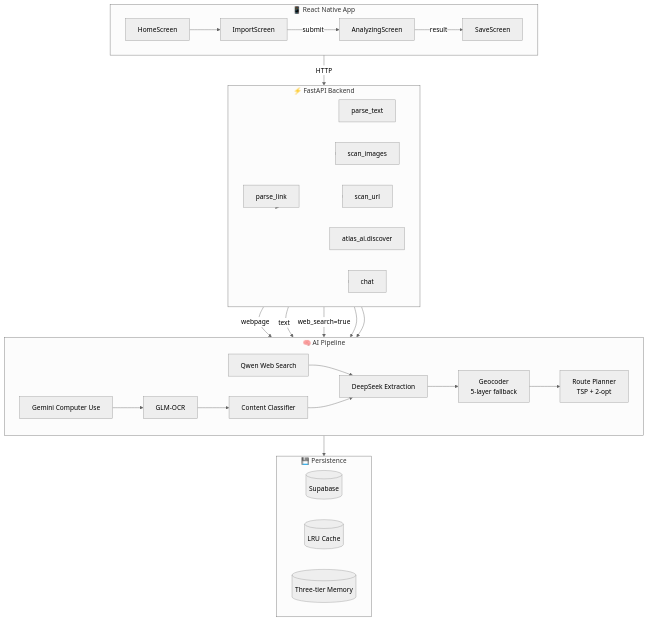
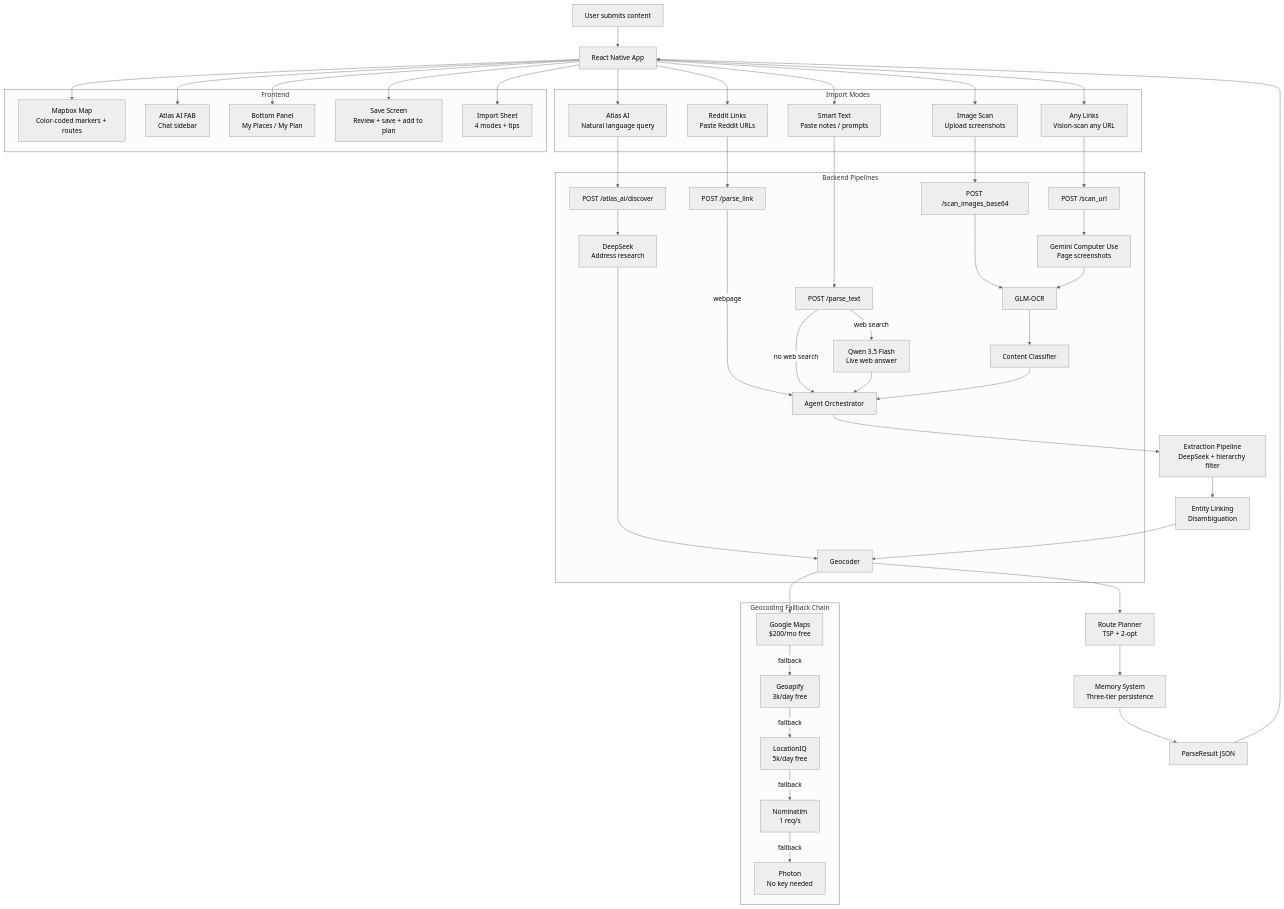
One commit to zjwang168/atlas-mobile changed the first of 2 diagrams in README.md. Above: the diagram before and after it, drawn with Mermaid (neutral theme). The commit also changed other lines of this file, not shown here.

````diff
--- a/README.md
+++ b/README.md
@@ -82,60 +13,74 @@
 ```mermaid
-flowchart TB
-    subgraph Mobile["📱 React Native App"]
-        HS[HomeScreen]
-        IS[ImportScreen]
-        AS[AnalyzingScreen]
-        SS[SaveScreen]
-        HS --> IS
-        IS -->|submit| AS
-        AS -->|result| SS
+graph TD
+    User[User submits content] --> App[React Native App]
+
+    subgraph "Import Modes"
+        ST[Smart Text<br/>Paste notes / prompts]
+        IS[Image Scan<br/>Upload screenshots]
+        RL[Reddit Links<br/>Paste Reddit URLs]
+        AL[Any Links<br/>Vision-scan any URL]
+        AD[Atlas AI<br/>Natural language query]
     end
 
-    subgraph Backend["⚡ FastAPI Backend"]
-        direction LR
-        PL[parse_link]
-        PT[parse_text]
-        SI[scan_images]
-        SU[scan_url]
-        AD[atlas_ai.discover]
-        CHAT[chat]
+    App --> ST
+    App --> IS
+    App --> RL
+    App --> AL
+    App --> AD
+
+    RL --> PL[POST /parse_link]
+    ST --> PT[POST /parse_text]
+    IS --> SI[POST /scan_images_base64]
+    AL --> SU[POST /scan_url]
+    AD --> DA[POST /atlas_ai/discover]
+
+    subgraph "Backend Pipelines"
+        PL --> |webpage| ORCH[Agent Orchestrator]
+        PT --> |no web search| ORCH
+        PT --> |web search| QW[Qwen 3.5 Flash<br/>Live web answer]
+        QW --> ORCH
+
+        SI --> OCR[GLM-OCR]
+        SU --> GCU[Gemini Computer Use<br/>Page screenshots]
+        GCU --> OCR
+        OCR --> CL[Content Classifier]
+        CL --> ORCH
+
+        DA --> DS[DeepSeek<br/>Address research]
+        DS --> GEO[Geocoder]
     end
 
-    subgraph Pipeline["🧠 AI Pipeline"]
-        direction LR
-        OC[GLM-OCR]
-        GCU[Gemini Computer Use]
-        DE[DeepSeek Extraction]
-        QW[Qwen Web Search]
-        CL[Content Classifier]
-        GEO[Geocoder<br/>5-layer fallback]
-        RT[Route Planner<br/>TSP + 2-opt]
+    ORCH --> EX[Extraction Pipeline<br/>DeepSeek + hierarchy filter]
+    EX --> EL[Entity Linking<br/>Disambiguation]
+    EL --> GEO
+    GEO --> RT[Route Planner<br/>TSP + 2-opt]
+    RT --> MEM[Memory System<br/>Three-tier persistence]
+    MEM --> RESP[ParseResult JSON]
+
+    RESP --> App
+
+    subgraph "Geocoding Fallback Chain"
+        G1[Google Maps<br/>$200/mo free]
+        G2[Geoapify<br/>3k/day free]
+        G3[LocationIQ<br/>5k/day free]
+        G4[Nominatim<br/>1 req/s]
+        G5[Photon<br/>No key needed]
+        G1 -->|fallback| G2 -->|fallback| G3 -->|fallback| G4 -->|fallback| G5
     end
 
-    subgraph Storage["💾 Persistence"]
-        SUPA[(Supabase)]
-        CACHE[(LRU Cache)]
-        MEM[(Three-tier Memory)]
+    GEO --> G1
+
+    subgraph "Frontend"
+        MAP[Mapbox Map<br/>Color-coded markers + routes]
+        FAB[Atlas AI FAB<br/>Chat sidebar]
+        BOTTOM[Bottom Panel<br/>My Places / My Plan]
+        SAVE[Save Screen<br/>Review + save + add to plan]
+        IMPORT[Import Sheet<br/>4 modes + tips]
     end
 
-    Mobile -->|HTTP| Backend
-    Backend --> PL
-    Backend --> PT
-    Backend --> SI
-    Backend --> SU
-    Backend --> AD
-    Backend --> CHAT
-
-    PL -->|webpage| DE
-    PT -->|text| DE
-    PT -->|web_search=true| QW
-    QW --> DE
-    SI --> OC
-    SU --> GCU
-    GCU --> OC
-    OC --> CL
-    CL --> DE
-    DE --> GEO
-    GEO --> RT
-    RT --> Storage
+    App --> IMPORT
+    App --> MAP
+    App --> SAVE
+    App --> FAB
+    App --> BOTTOM
 ```
````
